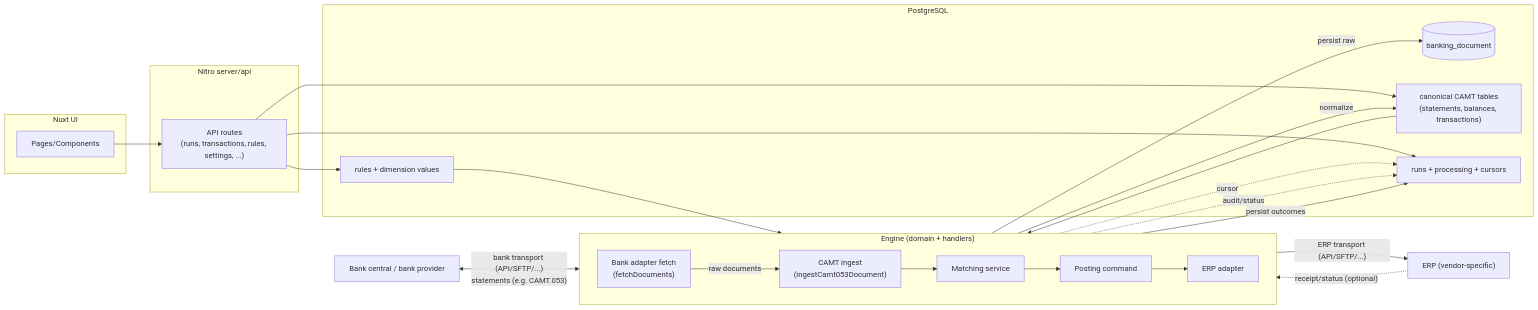
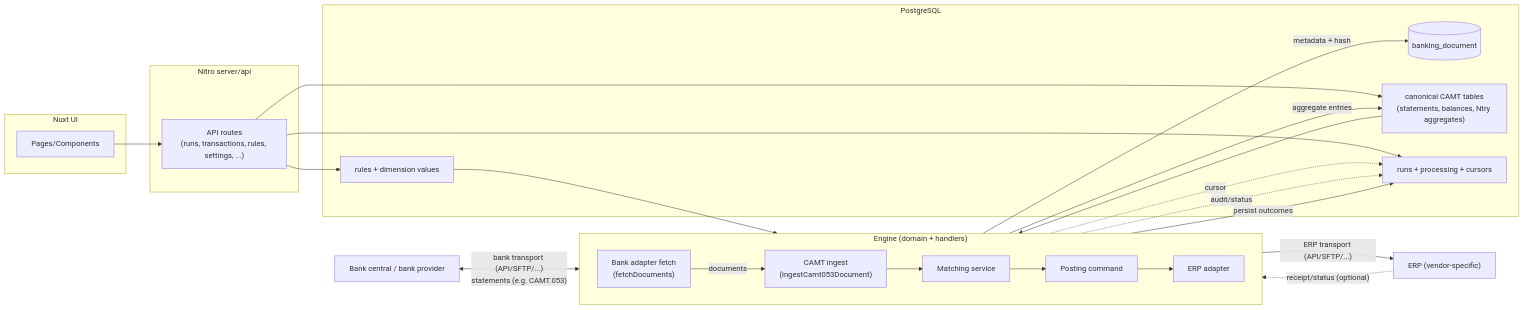
One commit to Randers-Kommune-Digitalisering/auto-bankposteringer-nordea-kmdopus changed the second of 2 diagrams in docs/ARCHITECTURE.md. Above: the diagram before and after it, drawn with Mermaid. The commit also changed other lines of this file and 47 other files, not shown here.

First line of the commit message:
Refactor transaction handling and database schema for CAMT entries

````diff
--- a/docs/ARCHITECTURE.md
+++ b/docs/ARCHITECTURE.md
@@ -382,54 +392,54 @@
 ```mermaid
 flowchart LR
   %% External systems
   BankCentral["Bank central / bank provider"]
   ERPSys["ERP (vendor-specific)"]
 
   %% Core pipeline (engine)
   subgraph Engine["Engine (domain + handlers)"]
     direction LR
     Fetch["Bank adapter fetch<br/>(fetchDocuments)"]
     Ingest["CAMT ingest<br/>(ingestCamt053Document)"]
     Match["Matching service"]
     Post["Posting command"]
     ERP["ERP adapter"]
   end
 
   BankCentral <-->|"bank transport (API/SFTP/...)<br/>statements (e.g. CAMT.053)"| Fetch
-  Fetch -->|raw documents| Ingest
+  Fetch -->|documents| Ingest
   Ingest --> Match
   Match --> Post
   Post --> ERP
   ERP -->|"ERP transport (API/SFTP/...)"| ERPSys
   ERPSys -.->|"receipt/status (optional)"| ERP
 
   %% Application surfaces
   subgraph UI["Nuxt UI"]
     Pages["Pages/Components"]
   end
 
   subgraph API["Nitro server/api"]
     ApiRoutes["API routes<br/>(runs, transactions, rules, settings, ...)"]
   end
 
   subgraph DB["PostgreSQL"]
     Doc[(banking_document)]
-    Canon["canonical CAMT tables<br/>(statements, balances, transactions)"]
+    Canon["canonical CAMT tables<br/>(statements, balances, Ntry aggregates)"]
     Rules["rules + dimension values"]
     Ops["runs + processing + cursors"]
   end
 
   Pages --> ApiRoutes
   ApiRoutes --> Canon
   ApiRoutes --> Rules
   ApiRoutes --> Ops
 
-  Ingest -->|persist raw| Doc
-  Ingest -->|normalize| Canon
+  Ingest -->|metadata + hash| Doc
+  Ingest -->|aggregate entries| Canon
   Canon --> Match
   Rules --> Match
 
   Fetch -.->|cursor| Ops
   Ingest -.->|audit/status| Ops
   ERP -->|persist outcomes| Ops
 ```
````
